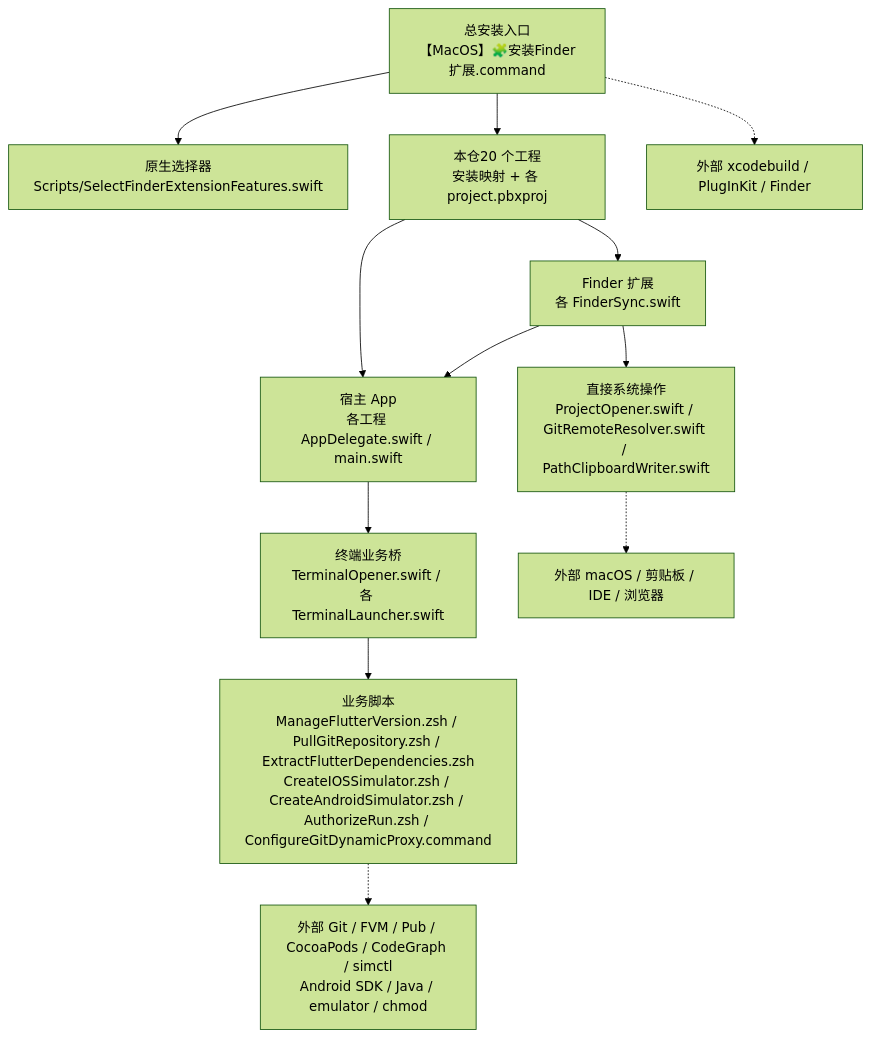
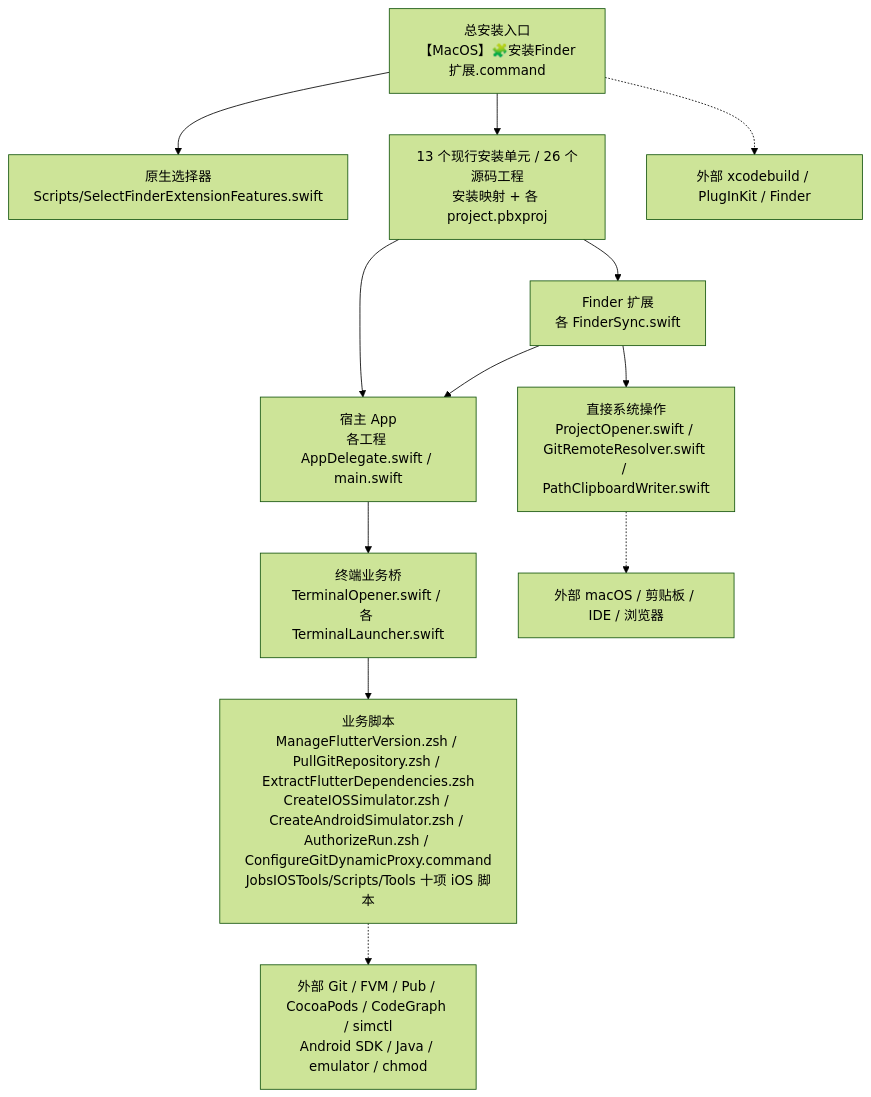
Before and after one commit to JobsKits/MacOS_Extension: the first of 3 diagrams in README.md, drawn with Mermaid (forest theme). The commit also changed other lines of this file and 256 other files, not shown here.

````diff
--- a/README.md
+++ b/README.md
@@ -382,14 +421,14 @@
 ```mermaid
 flowchart TD
     A["总安装入口<br/>【MacOS】🧩安装Finder扩展.command"] --> B["原生选择器<br/>Scripts/SelectFinderExtensionFeatures.swift"]
-    A --> C["本仓20 个工程<br/>安装映射 + 各 project.pbxproj"]
+    A --> C["13 个现行安装单元 / 26 个源码工程<br/>安装映射 + 各 project.pbxproj"]
     C --> D["宿主 App<br/>各工程 AppDelegate.swift / main.swift"]
     C --> E["Finder 扩展<br/>各 FinderSync.swift"]
     E --> F["直接系统操作<br/>ProjectOpener.swift / GitRemoteResolver.swift / PathClipboardWriter.swift"]
     E --> D
     D --> G["终端业务桥<br/>TerminalOpener.swift / 各 TerminalLauncher.swift"]
-    G --> H["业务脚本<br/>ManageFlutterVersion.zsh / PullGitRepository.zsh / ExtractFlutterDependencies.zsh<br/>CreateIOSSimulator.zsh / CreateAndroidSimulator.zsh / AuthorizeRun.zsh / ConfigureGitDynamicProxy.command"]
+    G --> H["业务脚本<br/>ManageFlutterVersion.zsh / PullGitRepository.zsh / ExtractFlutterDependencies.zsh<br/>CreateIOSSimulator.zsh / CreateAndroidSimulator.zsh / AuthorizeRun.zsh / ConfigureGitDynamicProxy.command<br/>JobsIOSTools/Scripts/Tools 十项 iOS 脚本"]
     F -.-> I["外部 macOS / 剪贴板 / IDE / 浏览器"]
     H -.-> J["外部 Git / FVM / Pub / CocoaPods / CodeGraph / simctl<br/>Android SDK / Java / emulator / chmod"]
     A -.-> K["外部 xcodebuild / PlugInKit / Finder"]
 ```
````
